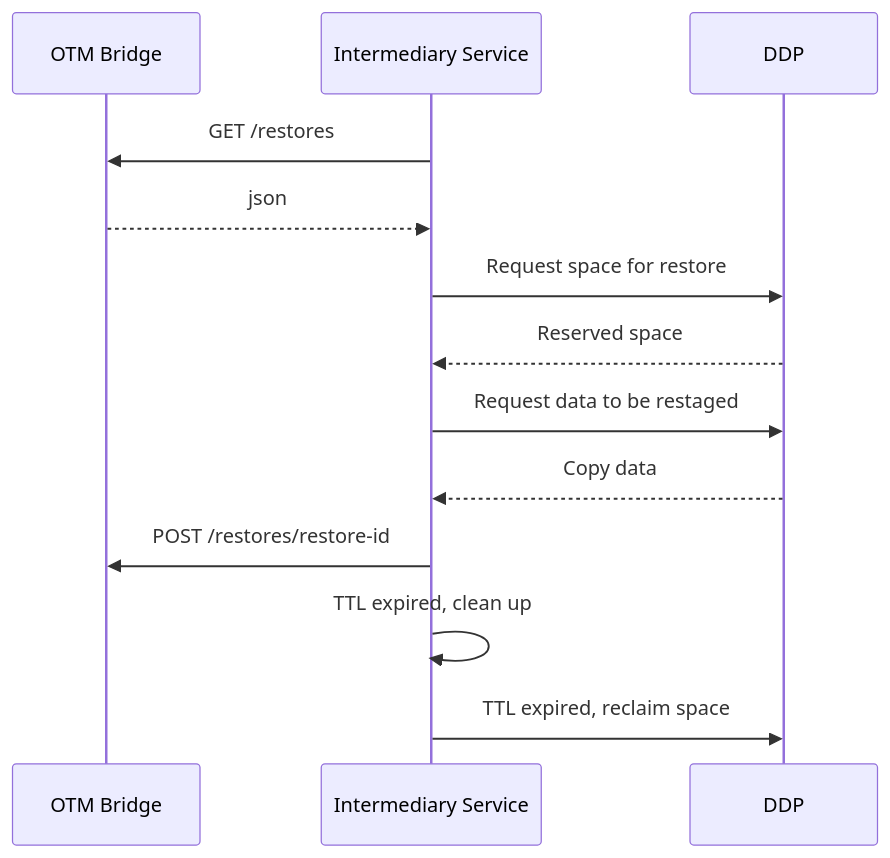
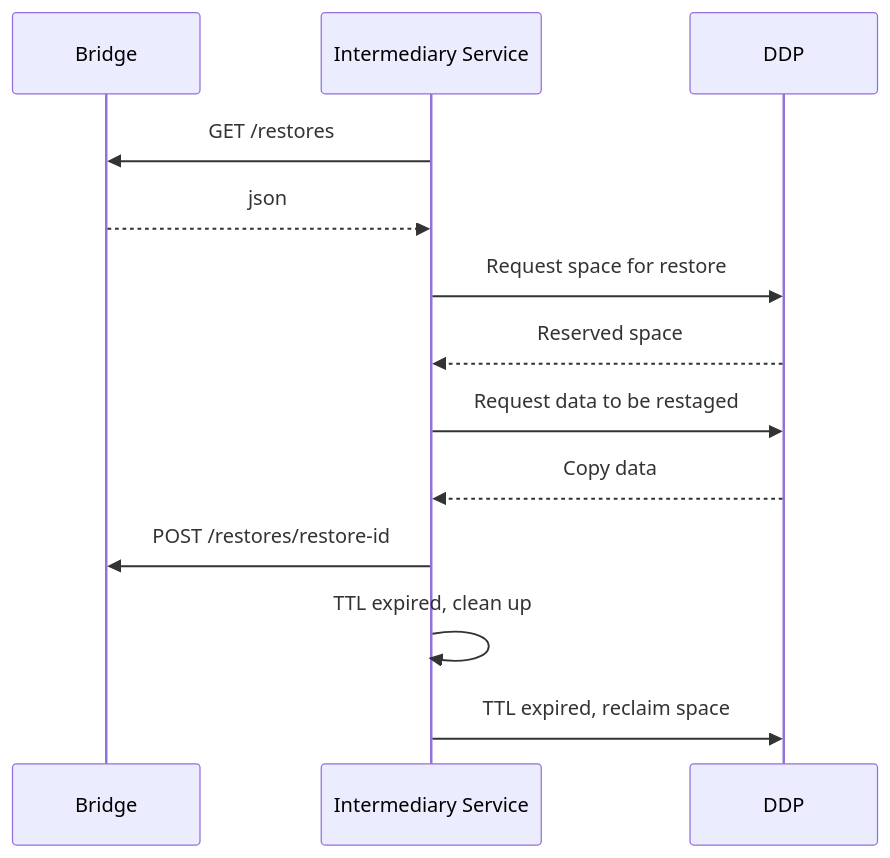
One commit to ucsdlib/otm-specs changed the diagram in images/ddp_restore.mmd. Above: the diagram before and after it, drawn with Mermaid. The commit also changed 5 other files, not shown here.

Commit message:
Remove OTM from Bridge name for consistency

```diff
--- a/images/ddp_restore.mmd
+++ b/images/ddp_restore.mmd
@@ -1,18 +1,18 @@
 sequenceDiagram
-  participant B as OTM Bridge
+  participant B as Bridge
   participant C as Intermediary Service
   participant D as DDP
 
   C ->> B: GET /restores
   B -->> C: json
 
   C ->> D: Request space for restore
   D -->> C: Reserved space
 
   C ->> D: Request data to be restaged
   D -->> C: Copy data
 
   C ->> B: POST /restores/restore-id
 
   C ->> C: TTL expired, clean up
   C ->> D: TTL expired, reclaim space
```
